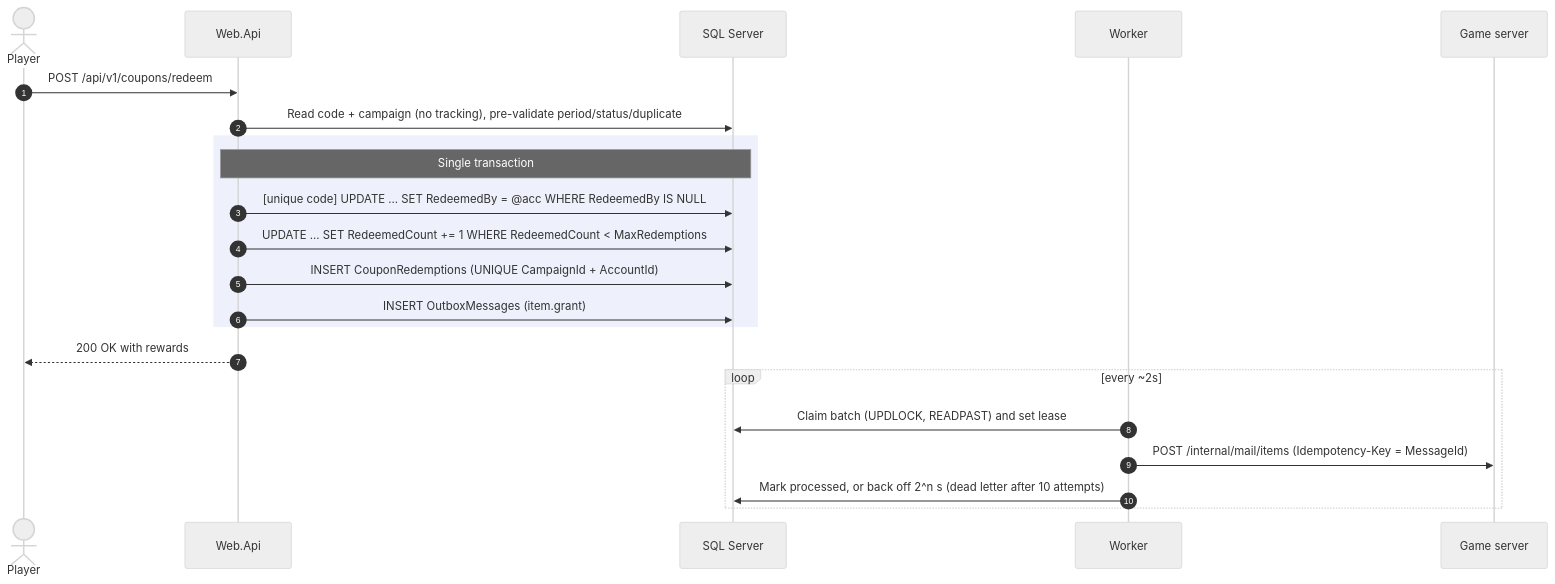
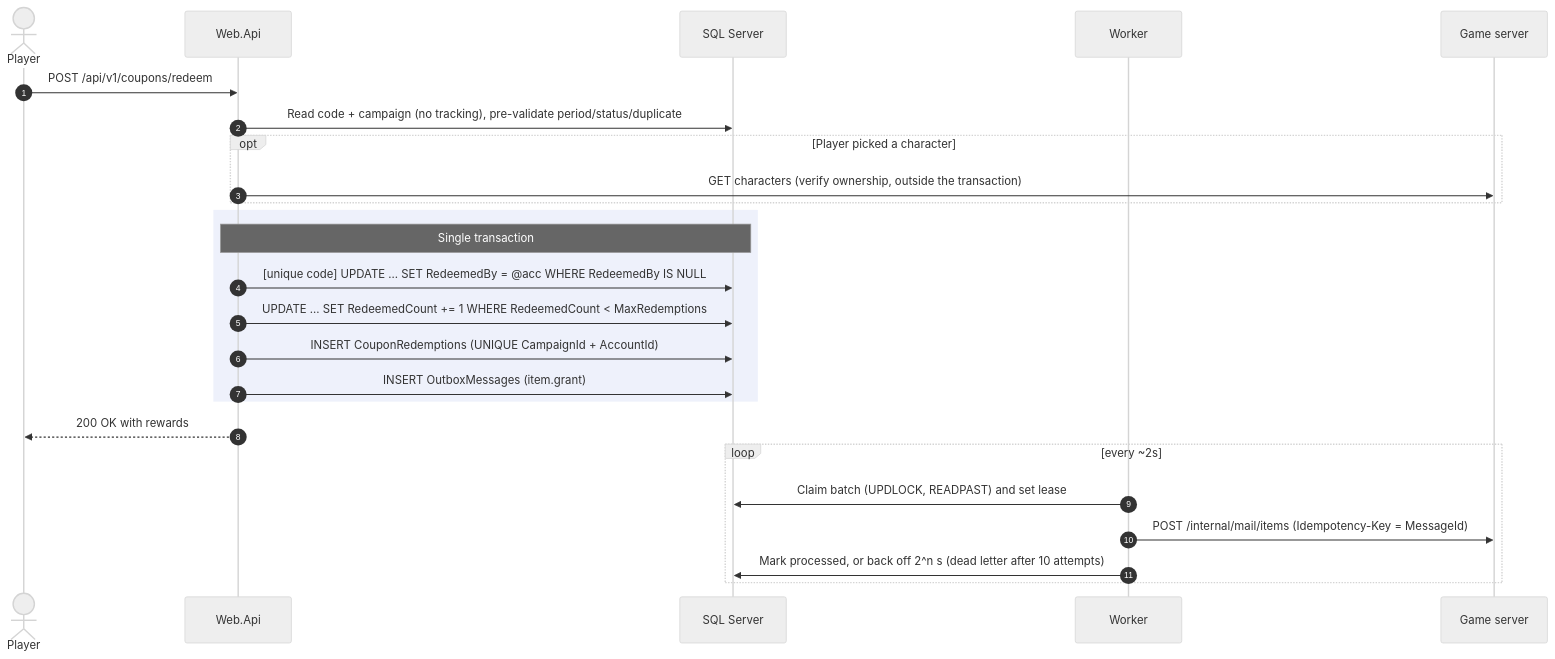
Before and after one commit to hyunolike/game-portal-poc: the second of 6 diagrams in README.md, drawn with Mermaid (neutral theme). The commit also changed other lines of this file and 47 other files, not shown here.

````diff
--- a/README.md
+++ b/README.md
@@ -119,25 +120,28 @@
 ```mermaid
 sequenceDiagram
     autonumber
     actor P as Player
     participant W as Web.Api
     participant DB as SQL Server
     participant K as Worker
     participant G as Game server
 
     P->>W: POST /api/v1/coupons/redeem
     W->>DB: Read code + campaign (no tracking), pre-validate period/status/duplicate
+    opt Player picked a character
+        W->>G: GET characters (verify ownership, outside the transaction)
+    end
     rect rgba(47, 84, 200, 0.08)
     Note over W,DB: Single transaction
     W->>DB: [unique code] UPDATE ... SET RedeemedBy = @acc WHERE RedeemedBy IS NULL
     W->>DB: UPDATE ... SET RedeemedCount += 1 WHERE RedeemedCount < MaxRedemptions
     W->>DB: INSERT CouponRedemptions (UNIQUE CampaignId + AccountId)
     W->>DB: INSERT OutboxMessages (item.grant)
     end
     W-->>P: 200 OK with rewards
     loop every ~2s
         K->>DB: Claim batch (UPDLOCK, READPAST) and set lease
         K->>G: POST /internal/mail/items (Idempotency-Key = MessageId)
         K->>DB: Mark processed, or back off 2^n s (dead letter after 10 attempts)
     end
 ```
````
